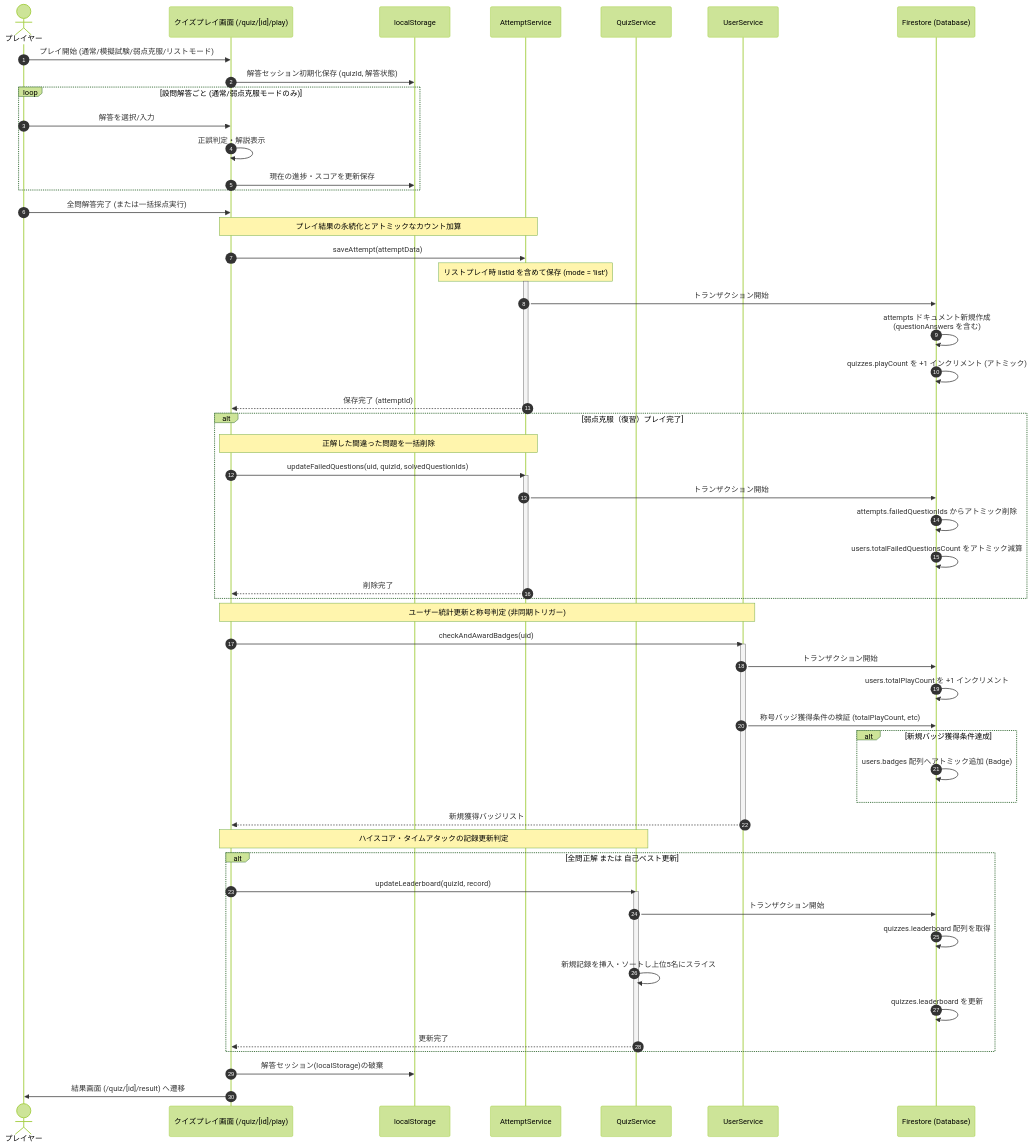
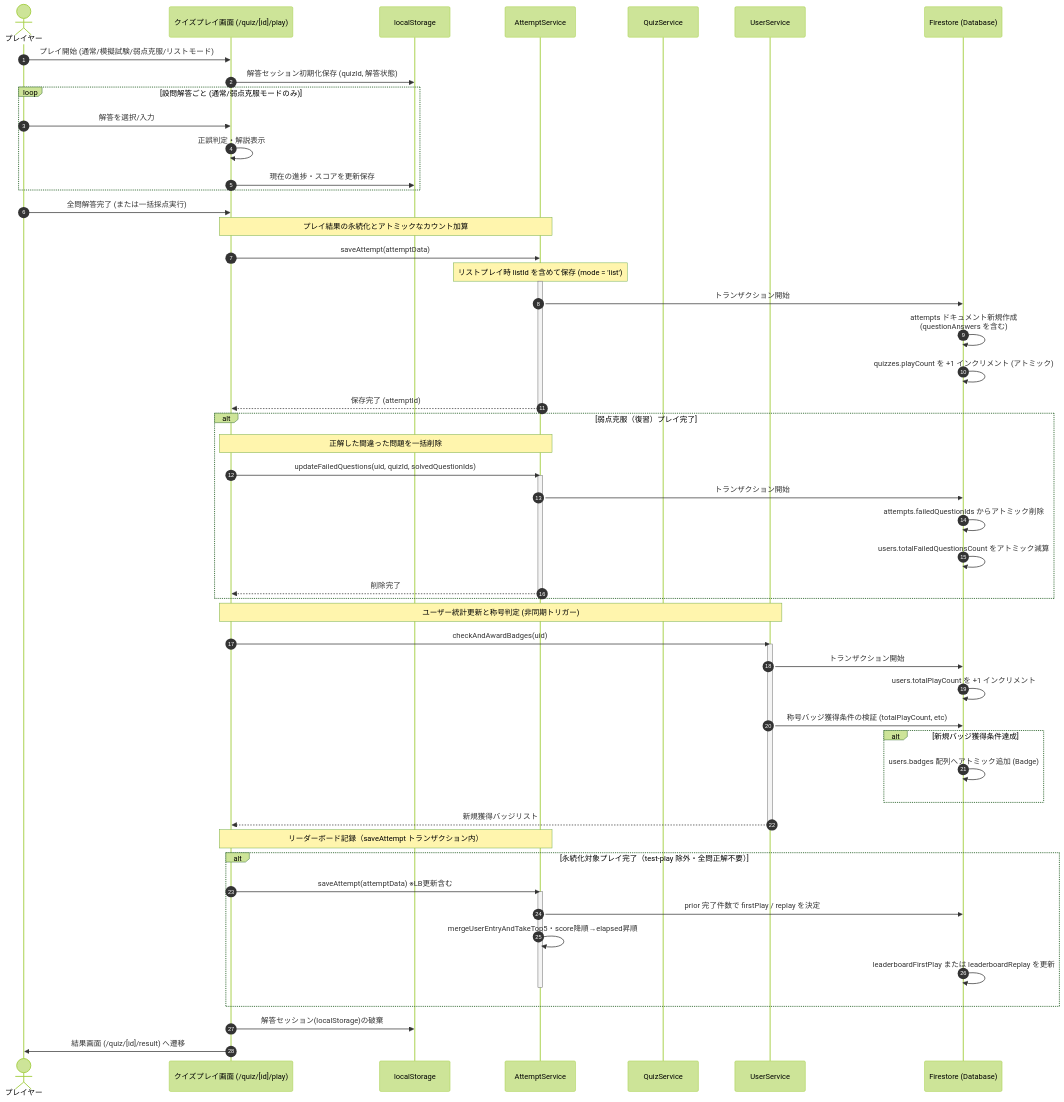
The first of 10 diagrams in docs/detailed_design.md (npressoworks/quizeum), drawn with Mermaid (forest theme) before and after one commit. The commit also changed other lines of this file and 52 other files, not shown here.

````diff
--- a/docs/detailed_design.md
+++ b/docs/detailed_design.md
@@ -14,69 +14,67 @@
 ```mermaid
 sequenceDiagram
     autonumber
     actor Player as プレイヤー
     participant QP as クイズプレイ画面 (/quiz/[id]/play)
     participant LS as localStorage
     participant AS as AttemptService
     participant QS as QuizService
     participant US as UserService
     participant DB as Firestore (Database)
 
     Player->>QP: プレイ開始 (通常/模擬試験/弱点克服/リストモード)
     QP->>LS: 解答セッション初期化保存 (quizId, 解答状態)
     
     loop 設問解答ごと (通常/弱点克服モードのみ)
         Player->>QP: 解答を選択/入力
         QP->>QP: 正誤判定・解説表示
         QP->>LS: 現在の進捗・スコアを更新保存
     end
 
     Player->>QP: 全問解答完了 (または一括採点実行)
     Note over QP, AS: プレイ結果の永続化とアトミックなカウント加算
     QP->>AS: saveAttempt(attemptData)
     Note over AS: リストプレイ時 listId を含めて保存 (mode = 'list')
     activate AS
     AS->>DB: トランザクション開始
     DB->>DB: attempts ドキュメント新規作成<br>(questionAnswers を含む)
     DB->>DB: quizzes.playCount を +1 インクリメント (アトミック)
     AS-->>QP: 保存完了 (attemptId)
     deactivate AS
 
     alt 弱点克服（復習）プレイ完了
         Note over QP, AS: 正解した間違った問題を一括削除
         QP->>AS: updateFailedQuestions(uid, quizId, solvedQuestionIds)
         activate AS
         AS->>DB: トランザクション開始
         DB->>DB: attempts.failedQuestionIds からアトミック削除
         DB->>DB: users.totalFailedQuestionsCount をアトミック減算
         AS-->>QP: 削除完了
         deactivate AS
     end
 
     Note over QP, US: ユーザー統計更新と称号判定 (非同期トリガー)
     QP->>US: checkAndAwardBadges(uid)
     activate US
     US->>DB: トランザクション開始
     DB->>DB: users.totalPlayCount を +1 インクリメント
     US->>DB: 称号バッジ獲得条件の検証 (totalPlayCount, etc)
     alt 新規バッジ獲得条件達成
         DB->>DB: users.badges 配列へアトミック追加 (Badge)
     end
     US-->>QP: 新規獲得バッジリスト
     deactivate US
 
-    Note over QP, QS: ハイスコア・タイムアタックの記録更新判定
-    alt 全問正解 または 自己ベスト更新
-        QP->>QS: updateLeaderboard(quizId, record)
-        activate QS
-        QS->>DB: トランザクション開始
-        DB->>DB: quizzes.leaderboard 配列を取得
-        QS->>QS: 新規記録を挿入・ソートし上位5名にスライス
-        DB->>DB: quizzes.leaderboard を更新
-        QS-->>QP: 更新完了
-        deactivate QS
+    Note over QP, AS: リーダーボード記録（saveAttempt トランザクション内）
+    alt 永続化対象プレイ完了（test-play 除外・全問正解不要）
+        QP->>AS: saveAttempt(attemptData) ※LB更新含む
+        activate AS
+        AS->>DB: prior 完了件数で firstPlay / replay を決定
+        AS->>AS: mergeUserEntryAndTakeTop5・score降順→elapsed昇順
+        DB->>DB: leaderboardFirstPlay または leaderboardReplay を更新
+        deactivate AS
     end
 
     QP->>LS: 解答セッション(localStorage)の破棄
     QP->>Player: 結果画面 (/quiz/[id]/result) へ遷移
 ```
````
